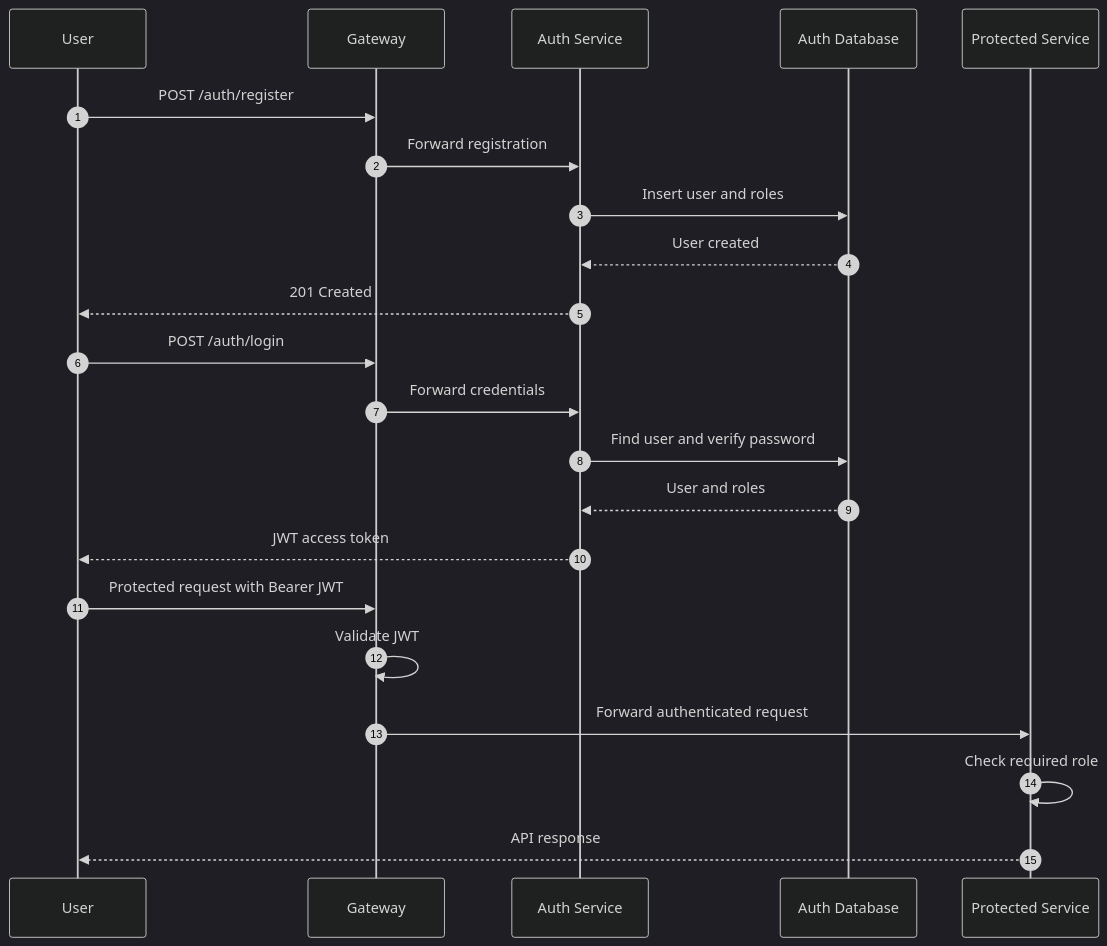
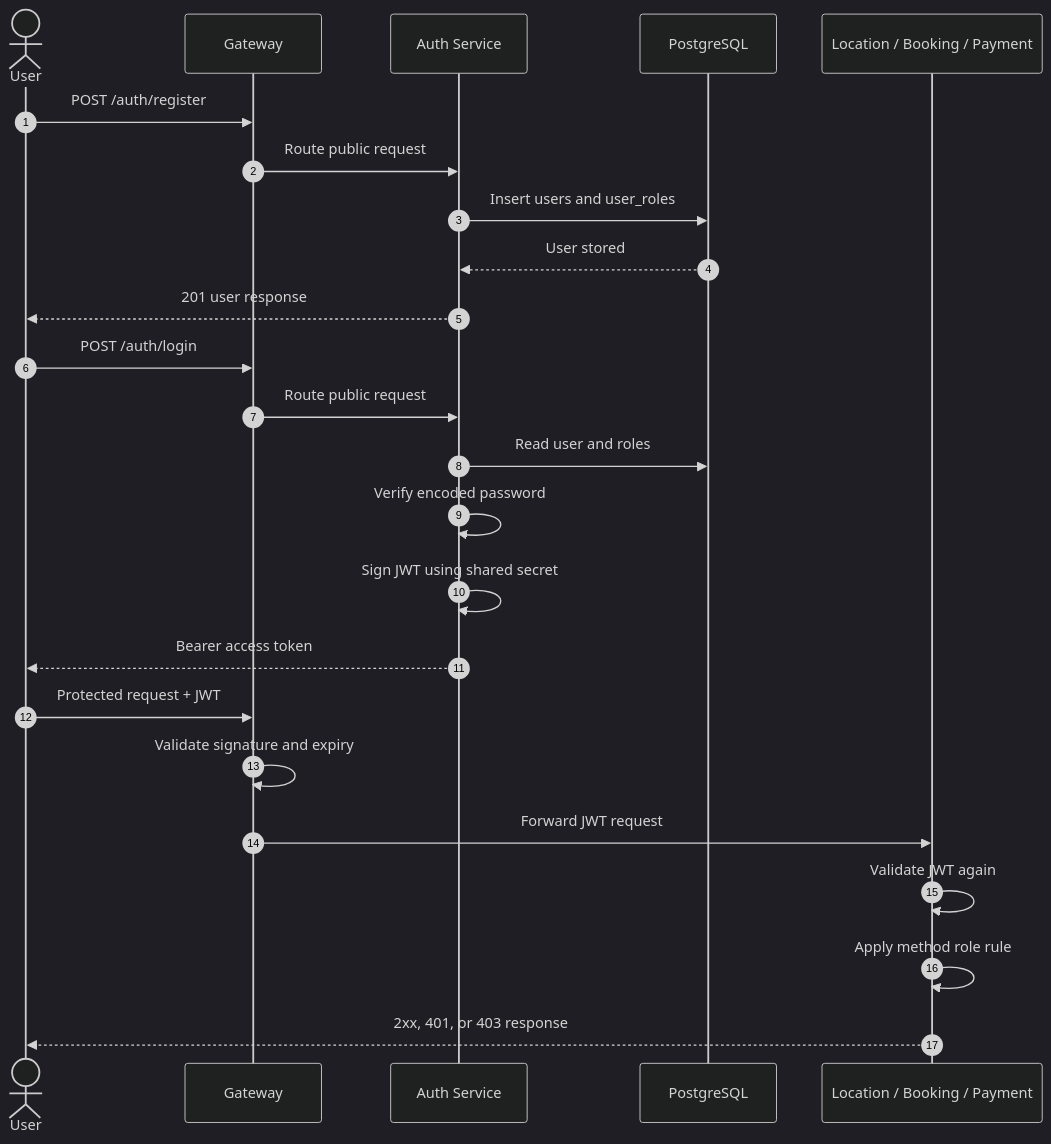
One commit to sangeethadhatrika510-svg/test-parking-api-testing changed the third of 10 diagrams in Parking_Microservices_Architecture.md. Above: the diagram before and after it, drawn with Mermaid (dark theme). The commit also changed other lines of this file, not shown here.

First line of the commit message:
Update Parking_Microservices_Architecture.md

````diff
--- a/Parking_Microservices_Architecture.md
+++ b/Parking_Microservices_Architecture.md
@@ -43,28 +91,30 @@
 ```mermaid
 sequenceDiagram
     autonumber
 
-    participant User
+    actor User
     participant Gateway
     participant Auth as Auth Service
-    participant DB as Auth Database
-    participant Service as Protected Service
+    participant DB as PostgreSQL
+    participant Domain as Location / Booking / Payment
 
     User->>Gateway: POST /auth/register
-    Gateway->>Auth: Forward registration
-    Auth->>DB: Insert user and roles
-    DB-->>Auth: User created
-    Auth-->>User: 201 Created
+    Gateway->>Auth: Route public request
+    Auth->>DB: Insert users and user_roles
+    DB-->>Auth: User stored
+    Auth-->>User: 201 user response
 
     User->>Gateway: POST /auth/login
-    Gateway->>Auth: Forward credentials
-    Auth->>DB: Find user and verify password
-    DB-->>Auth: User and roles
-    Auth-->>User: JWT access token
+    Gateway->>Auth: Route public request
+    Auth->>DB: Read user and roles
+    Auth->>Auth: Verify encoded password
+    Auth->>Auth: Sign JWT using shared secret
+    Auth-->>User: Bearer access token
 
-    User->>Gateway: Protected request with Bearer JWT
-    Gateway->>Gateway: Validate JWT
-    Gateway->>Service: Forward authenticated request
-    Service->>Service: Check required role
-    Service-->>User: API response
+    User->>Gateway: Protected request + JWT
+    Gateway->>Gateway: Validate signature and expiry
+    Gateway->>Domain: Forward JWT request
+    Domain->>Domain: Validate JWT again
+    Domain->>Domain: Apply method role rule
+    Domain-->>User: 2xx, 401, or 403 response
 ```
````
